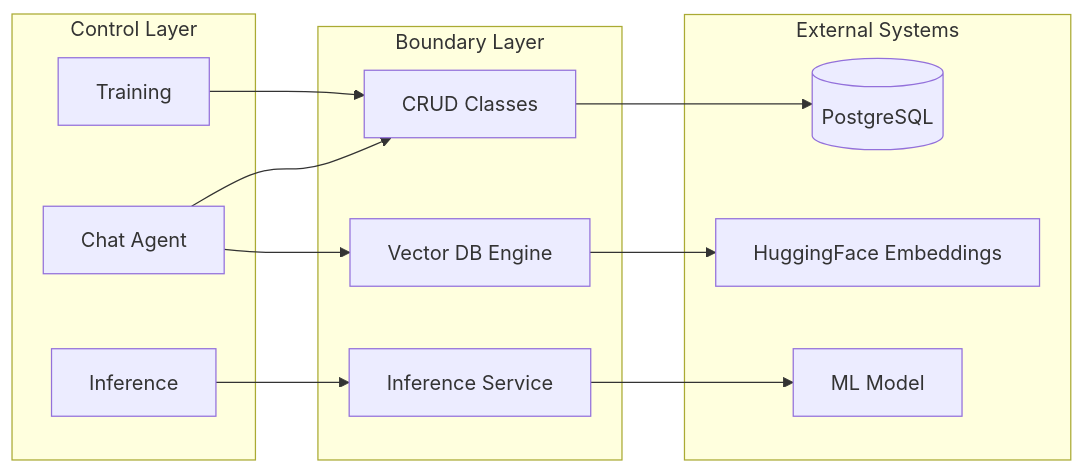
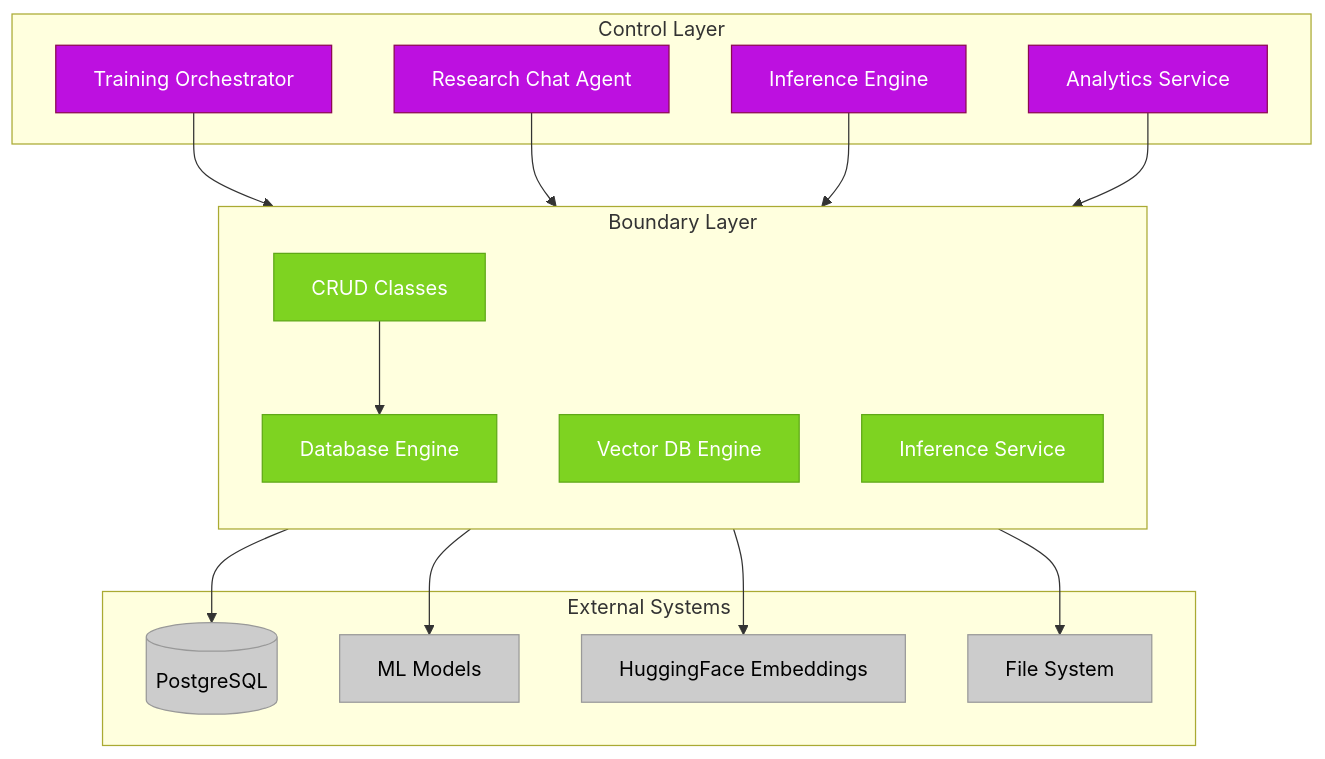
Before and after one commit to h19overflow/federated_learning: the first of 8 diagrams in federated_pneumonia_detection/src/boundary/README.md, drawn with Mermaid. The commit also changed other lines of this file and 8 other files, not shown here.

````diff
--- a/federated_pneumonia_detection/src/boundary/README.md
+++ b/federated_pneumonia_detection/src/boundary/README.md
@@ -7,25 +20,43 @@
 ```mermaid
-flowchart LR
+flowchart TB
     subgraph Control["Control Layer"]
-        Train[Training]
-        Chat[Chat Agent]
-        Infer[Inference]
+        Train[Training Orchestrator]
+        Chat[Research Chat Agent]
+        Infer[Inference Engine]
+        Analytics[Analytics Service]
     end
 
     subgraph Boundary["Boundary Layer"]
+        direction TB
         CRUD[CRUD Classes]
+        Engine[Database Engine]
+        VDB[Vector DB Engine]
         InfSvc[Inference Service]
-        VDB[Vector DB Engine]
     end
 
     subgraph External["External Systems"]
         DB[(PostgreSQL)]
-        Model[ML Model]
+        Model[ML Models]
         Embed[HuggingFace Embeddings]
+        Files[File System]
     end
 
-    Train --> CRUD --> DB
-    Infer --> InfSvc --> Model
-    Chat --> VDB --> Embed
-    Chat --> CRUD
+    Train --> CRUD
+    Chat --> VDB
+    Infer --> InfSvc
+    Analytics --> CRUD
+
+    CRUD --> Engine
+    Engine --> DB
+    VDB --> Embed
+    InfSvc --> Model
+    CRUD --> Files
+
+    classDef boundary fill:#7ED321,stroke:#5FA818,color:#fff
+    classDef control fill:#BD10E0,stroke:#8B0A50,color:#fff
+    classDef external fill:#CCCCCC,stroke:#999999,color:#000
+
+    class CRUD,Engine,VDB,InfSvc boundary
+    class Train,Chat,Infer,Analytics control
+    class DB,Model,Embed,Files external
 ```
````
